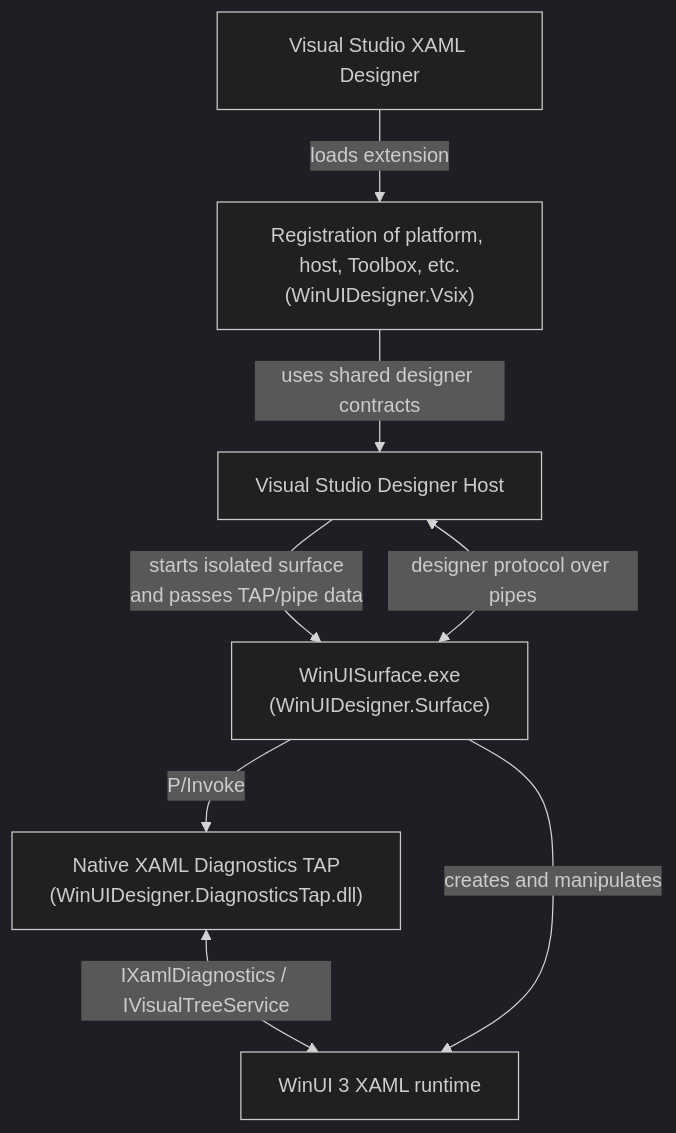
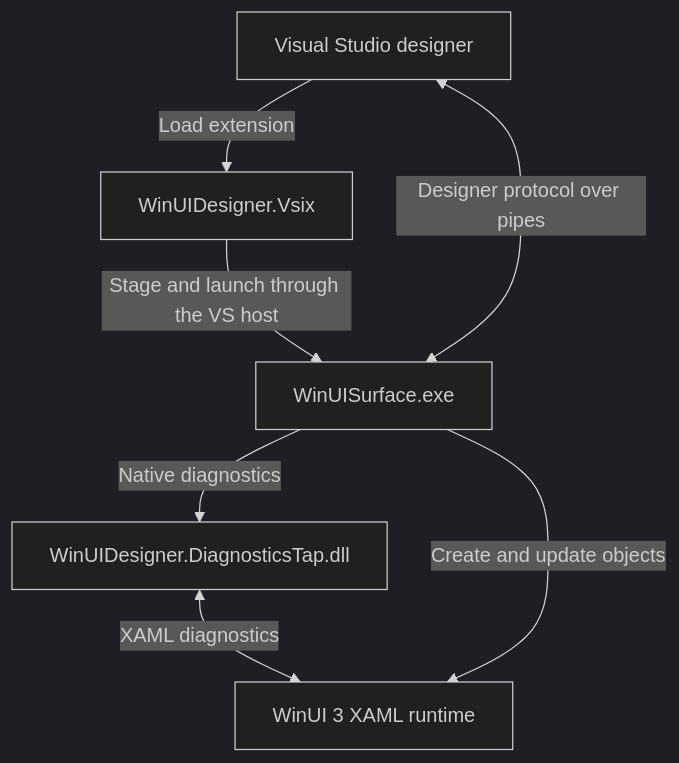
One commit to 0x5bfa/WinUIDesigner changed the first of 14 diagrams in README.md. Above: the diagram before and after it, drawn with Mermaid (dark theme). The commit also changed other lines of this file, not shown here.

````diff
--- a/README.md
+++ b/README.md
@@ -26,10 +33,9 @@
 ```mermaid
 flowchart TB
-    VS[Visual Studio XAML Designer] -->|loads extension| VSIX["Registration of platform, host, Toolbox, etc.<br/>&lpar;WinUIDesigner.Vsix&rpar;"]
-    VSIX -->|uses shared designer contracts| HOST[Visual Studio Designer Host]
-    HOST -->|starts isolated surface<br/>and passes TAP/pipe data| SURFACE["WinUISurface.exe<br/>&lpar;WinUIDesigner.Surface&rpar;"]
-    SURFACE <-->|designer protocol over pipes| HOST
-    SURFACE -->|P/Invoke| TAP["Native XAML Diagnostics TAP<br/>&lpar;WinUIDesigner.DiagnosticsTap.dll&rpar;"]
-    TAP <-->|IXamlDiagnostics / IVisualTreeService| XAML[WinUI 3 XAML runtime]
-    SURFACE -->|creates and manipulates| XAML
+    VS["Visual Studio designer"] -->|Load extension| VSIX["WinUIDesigner.Vsix"]
+    VSIX -->|Stage and launch through the VS host| SURFACE["WinUISurface.exe"]
+    VS <-->|Designer protocol over pipes| SURFACE
+    SURFACE -->|Native diagnostics| TAP["WinUIDesigner.DiagnosticsTap.dll"]
+    TAP <-->|XAML diagnostics| XAML["WinUI 3 XAML runtime"]
+    SURFACE -->|Create and update objects| XAML
 ```
````
